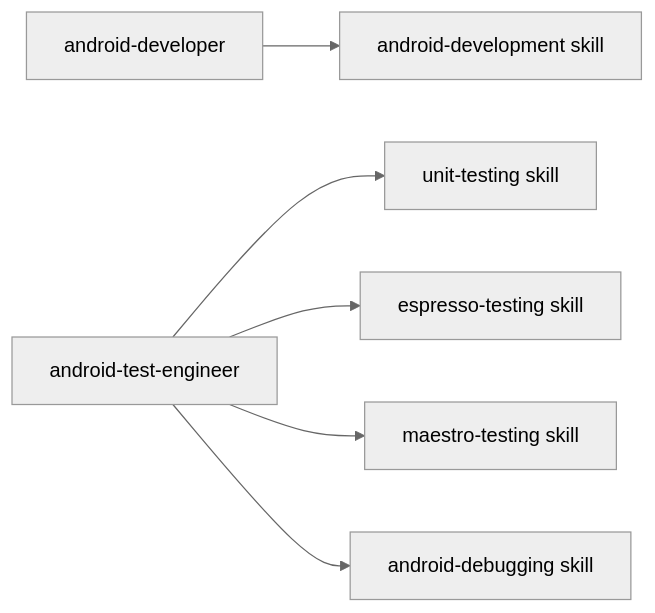
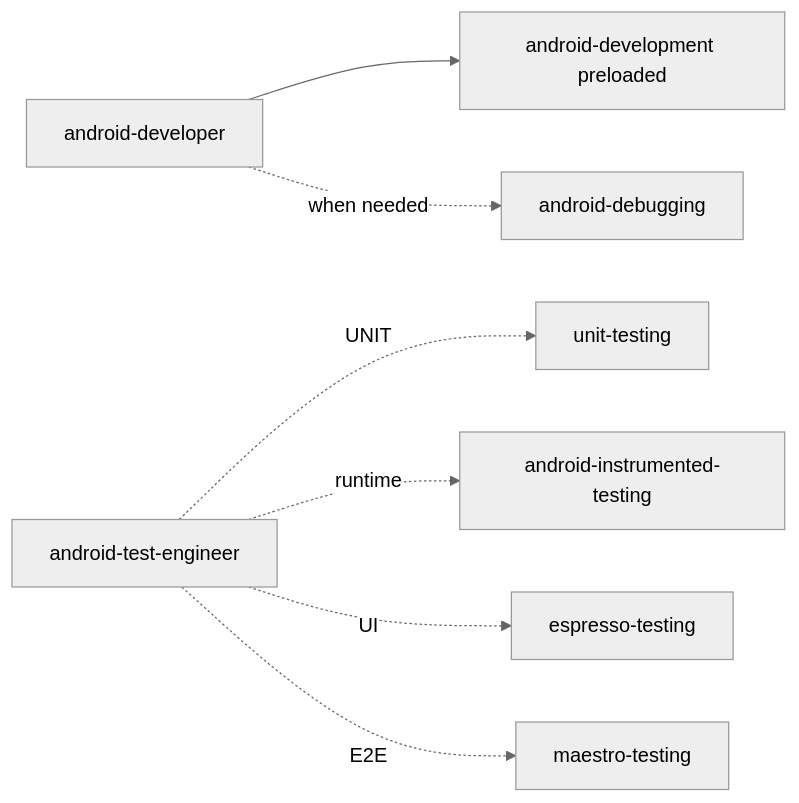
One commit to si13n/si13-android changed the second of 3 diagrams in docs/architecture.md. Above: the diagram before and after it, drawn with Mermaid (neutral theme). The commit also changed other lines of this file and 6 other files, not shown here.

````diff
--- a/docs/architecture.md
+++ b/docs/architecture.md
@@ -43,8 +61,9 @@
 ```mermaid
 flowchart LR
-    D[android-developer] --> AD[android-development skill]
-    T[android-test-engineer] --> U[unit-testing skill]
-    T --> E[espresso-testing skill]
-    T --> M[maestro-testing skill]
-    T --> DBG[android-debugging skill]
+    D[android-developer] --> AD[android-development preloaded]
+    D -. when needed .-> DBG[android-debugging]
+    T[android-test-engineer] -. UNIT .-> U[unit-testing]
+    T -. runtime .-> I[android-instrumented-testing]
+    T -. UI .-> E[espresso-testing]
+    T -. E2E .-> M[maestro-testing]
 ```
````
